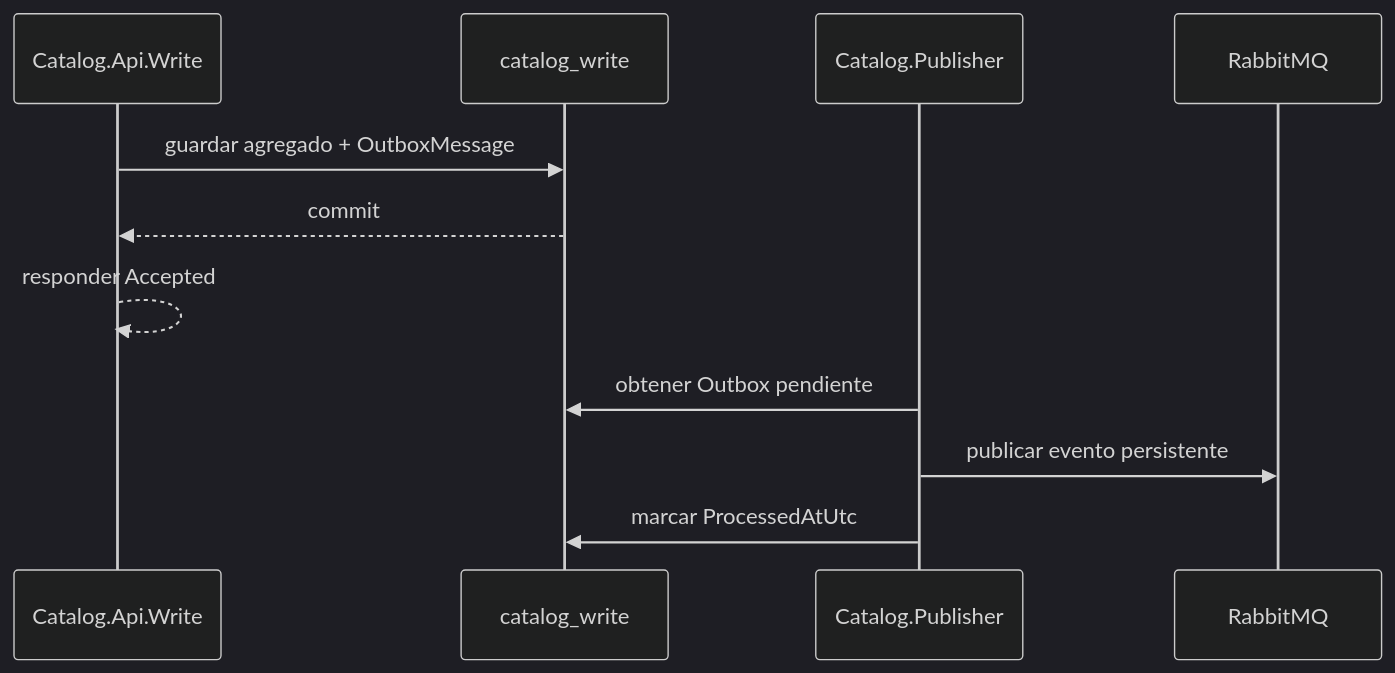
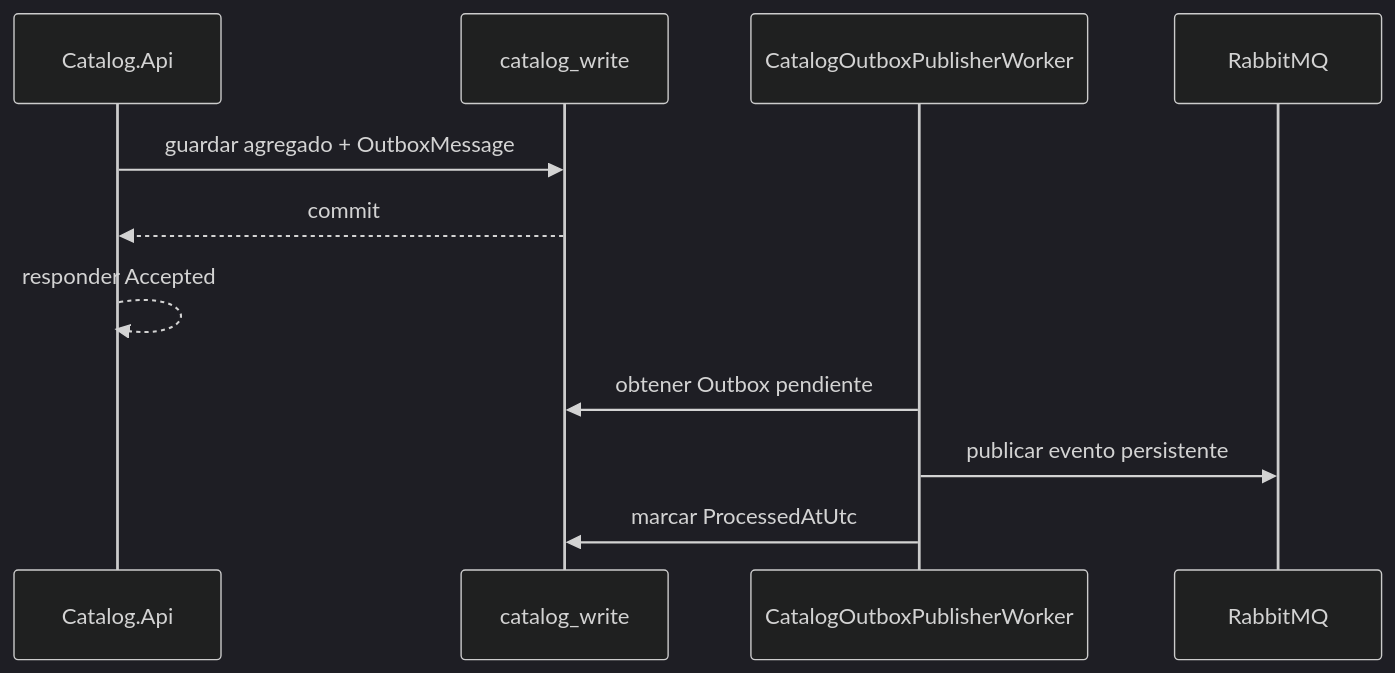
The fourth of 7 diagrams in docs/Catalog.README.md (sergioocode/Restaurantes), drawn with Mermaid (dark theme) before and after one commit. The commit also changed other lines of this file and 11 other files, not shown here.

````diff
--- a/docs/Catalog.README.md
+++ b/docs/Catalog.README.md
@@ -466,14 +464,14 @@
 ```mermaid
 sequenceDiagram
-    participant API as Catalog.Api.Write
+    participant API as Catalog.Api
     participant DB as catalog_write
-    participant Publisher as Catalog.Publisher
+    participant Publisher as CatalogOutboxPublisherWorker
     participant MQ as RabbitMQ
 
     API->>DB: guardar agregado + OutboxMessage
     DB-->>API: commit
     API-->>API: responder Accepted
     Publisher->>DB: obtener Outbox pendiente
     Publisher->>MQ: publicar evento persistente
     Publisher->>DB: marcar ProcessedAtUtc
 ```
````
